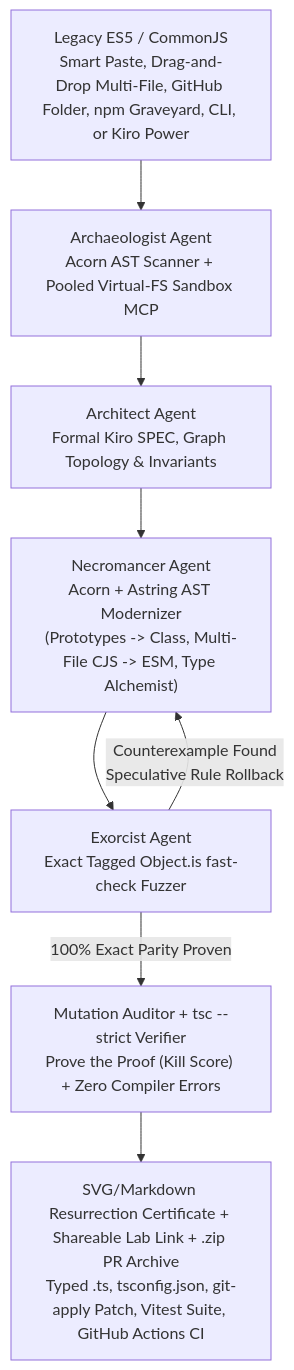
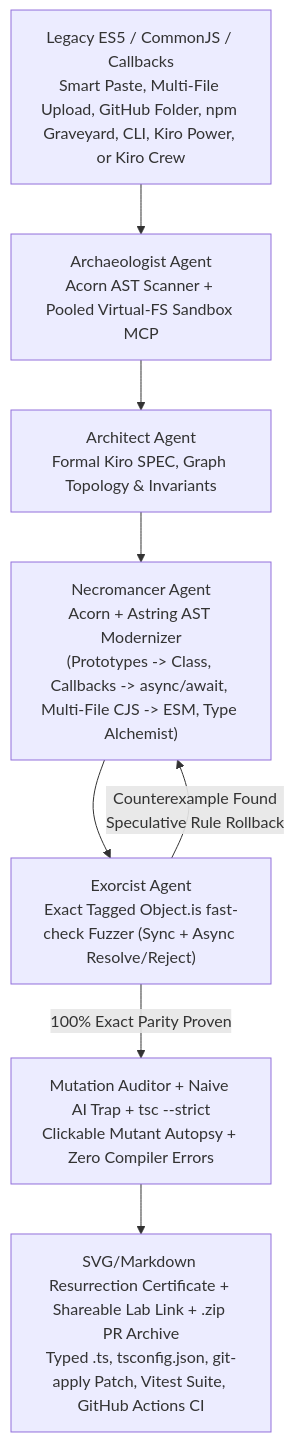
The diagram in README.md (anjarkar25-max/lazarus), drawn with Mermaid before and after one commit. The commit also changed other lines of this file, not shown here.

Commit message:
docs(readme): sync to final V12 Studio (957 tests, 22 Kiro specs, mutant autopsy, naive-AI trap, async callback necromancer)

````diff
--- a/README.md
+++ b/README.md
@@ -11,10 +11,10 @@
 ```mermaid
 flowchart TD
-    A["Legacy ES5 / CommonJS<br/>Smart Paste, Drag-and-Drop Multi-File, GitHub Folder, npm Graveyard, CLI, or Kiro Power"] --> B["Archaeologist Agent<br/>Acorn AST Scanner + Pooled Virtual-FS Sandbox MCP"]
+    A["Legacy ES5 / CommonJS / Callbacks<br/>Smart Paste, Multi-File Upload, GitHub Folder, npm Graveyard, CLI, Kiro Power, or Kiro Crew"] --> B["Archaeologist Agent<br/>Acorn AST Scanner + Pooled Virtual-FS Sandbox MCP"]
     B --> C["Architect Agent<br/>Formal Kiro SPEC, Graph Topology & Invariants"]
-    C --> D["Necromancer Agent<br/>Acorn + Astring AST Modernizer<br/>(Prototypes -> Class, Multi-File CJS -> ESM, Type Alchemist)"]
-    D --> E["Exorcist Agent<br/>Exact Tagged Object.is fast-check Fuzzer"]
+    C --> D["Necromancer Agent<br/>Acorn + Astring AST Modernizer<br/>(Prototypes -> Class, Callbacks -> async/await, Multi-File CJS -> ESM, Type Alchemist)"]
+    D --> E["Exorcist Agent<br/>Exact Tagged Object.is fast-check Fuzzer (Sync + Async Resolve/Reject)"]
     E -- "Counterexample Found<br/>Speculative Rule Rollback" --> D
-    E -- "100% Exact Parity Proven" --> F["Mutation Auditor + tsc --strict Verifier<br/>Prove the Proof (Kill Score) + Zero Compiler Errors"]
+    E -- "100% Exact Parity Proven" --> F["Mutation Auditor + Naive AI Trap + tsc --strict<br/>Clickable Mutant Autopsy + Zero Compiler Errors"]
     F --> G["SVG/Markdown Resurrection Certificate + Shareable Lab Link + .zip PR Archive<br/>Typed .ts, tsconfig.json, git-apply Patch, Vitest Suite, GitHub Actions CI"]
 ```
````
